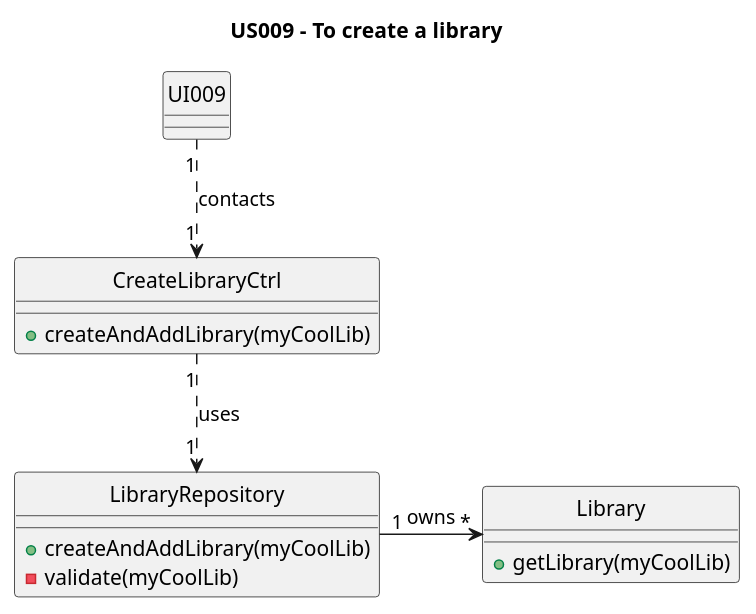
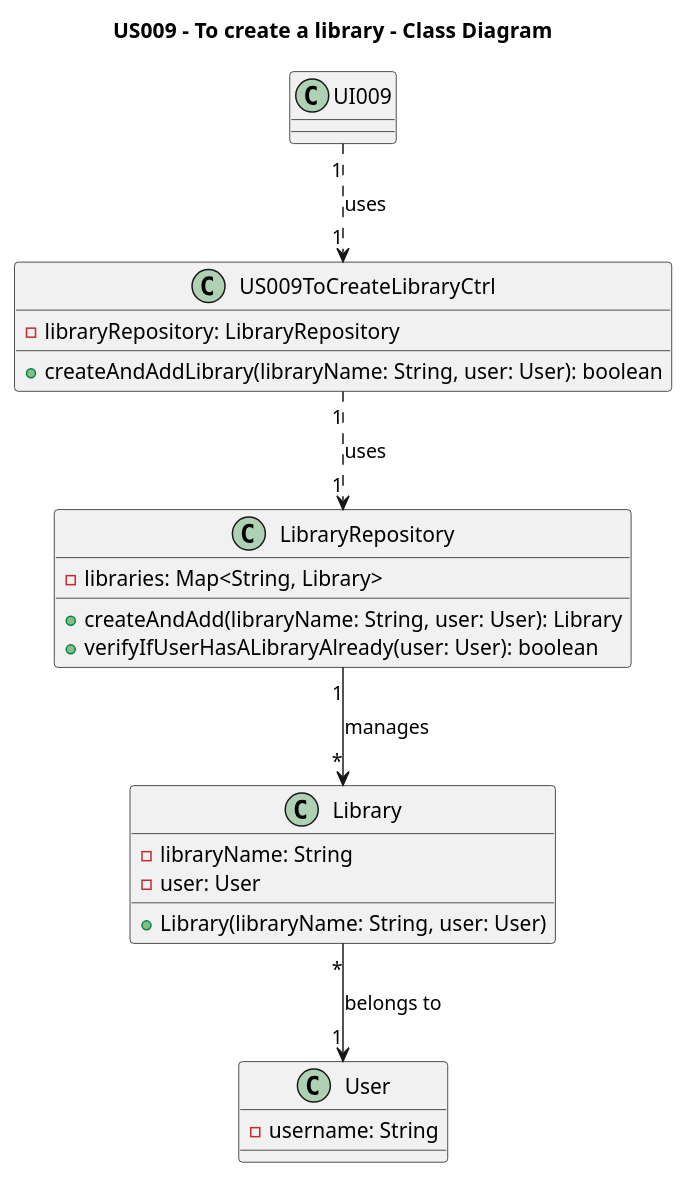
One commit to AndrePereiraGitH/SWitCH-Project-Team_A changed the diagram in Diagrams/ClassDiagrams/US009-to-create-a-library.puml. Above: the diagram before and after it, drawn with PlantUML. The commit also changed 1 other file, not shown here.

Commit message:
Working on #150, updated SD & CD to reflect user validation flow and repository refactoring

```diff
--- a/Diagrams/ClassDiagrams/US009-to-create-a-library.puml
+++ b/Diagrams/ClassDiagrams/US009-to-create-a-library.puml
@@ -1,26 +1,33 @@
 @startuml
-title US009 - To create a library
+title US009 - To create a library - Class Diagram
 
-hide circle
+class UI009 {
+}
+
+class US009ToCreateLibraryCtrl {
+    - libraryRepository: LibraryRepository
+    + createAndAddLibrary(libraryName: String, user: User): boolean
+}
 
 class LibraryRepository {
-+createAndAddLibrary(myCoolLib)
--validate(myCoolLib)
+    - libraries: Map<String, Library>
+    + createAndAdd(libraryName: String, user: User): Library
+    + verifyIfUserHasALibraryAlready(user: User): boolean
 }
 
 class Library {
-+getLibrary(myCoolLib)
+    - libraryName: String
+    - user: User
+    + Library(libraryName: String, user: User)
 }
 
-class CreateLibraryCtrl {
-+createAndAddLibrary(myCoolLib)
+class User {
+    - username: String
 }
 
-'interactions
-UI009 "1" ..> "1" CreateLibraryCtrl : contacts
-CreateLibraryCtrl "1" ..> "1" LibraryRepository : uses
-LibraryRepository "1" -> "*" Library : owns
-
-
+UI009 "1" ..> "1" US009ToCreateLibraryCtrl : uses
+US009ToCreateLibraryCtrl "1" ..> "1" LibraryRepository : uses
+LibraryRepository "1" --> "*" Library : manages
+Library "*" --> "1" User : belongs to
 
 @enduml
```
